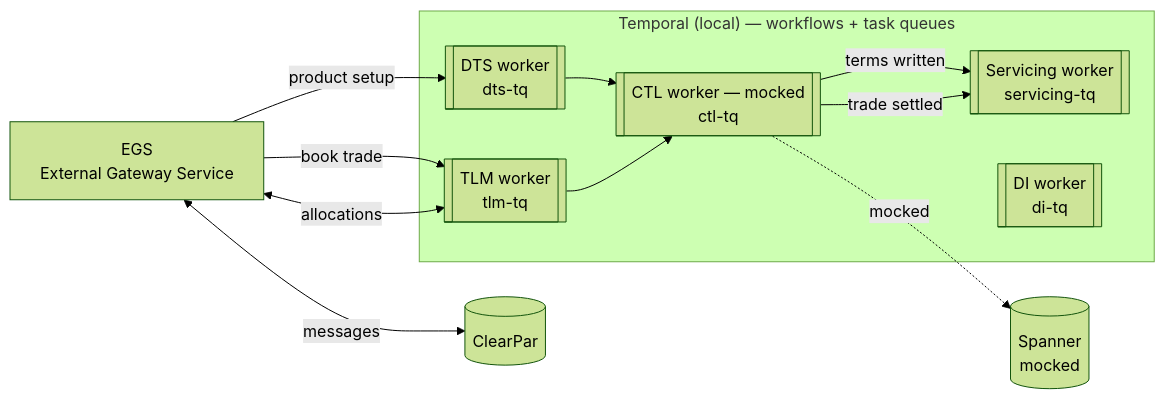
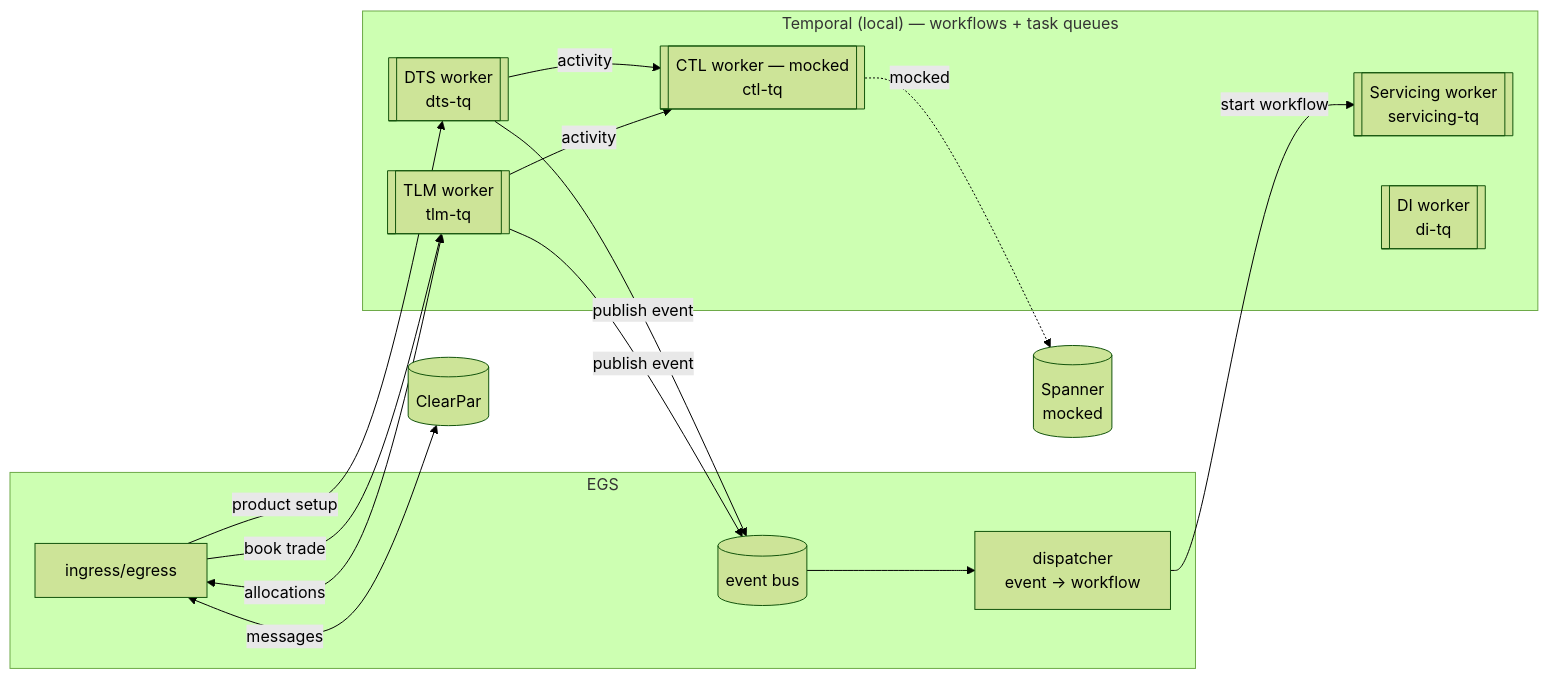
Before and after one commit to InfantJerin/loan-tran: the first of 3 diagrams in design.md, drawn with Mermaid (forest theme). The commit also changed other lines of this file and 11 other files, not shown here.

````diff
--- a/design.md
+++ b/design.md
@@ -27,27 +27,34 @@
 ```mermaid
 flowchart LR
-    EGS[EGS<br/>External Gateway Service]
     ClearPar[(ClearPar)]
+
+    subgraph EGSbox["EGS"]
+        EGSin[ingress/egress]
+        Bus[(event bus)]
+        EGSdisp[dispatcher<br/>event → workflow]
+    end
 
     subgraph Temporal["Temporal (local) — workflows + task queues"]
         DTS[[DTS worker<br/>dts-tq]]
         TLM[[TLM worker<br/>tlm-tq]]
         Servicing[[Servicing worker<br/>servicing-tq]]
         CTL[[CTL worker — mocked<br/>ctl-tq]]
         DI[[DI worker<br/>di-tq]]
     end
 
     Spanner[(Spanner<br/>mocked)]
 
-    EGS -- product setup --> DTS
-    EGS -- book trade --> TLM
-    TLM <-- allocations --> EGS
-    EGS <-- messages --> ClearPar
+    EGSin -- product setup --> DTS
+    EGSin -- book trade --> TLM
+    TLM <-- allocations --> EGSin
+    EGSin <-- messages --> ClearPar
 
-    DTS --> CTL
-    TLM --> CTL
+    DTS -- activity --> CTL
+    TLM -- activity --> CTL
     CTL -. mocked .-> Spanner
 
-    CTL -- terms written --> Servicing
-    CTL -- trade settled --> Servicing
+    DTS -- publish event --> Bus
+    TLM -- publish event --> Bus
+    Bus --> EGSdisp
+    EGSdisp -- start workflow --> Servicing
 ```
````
